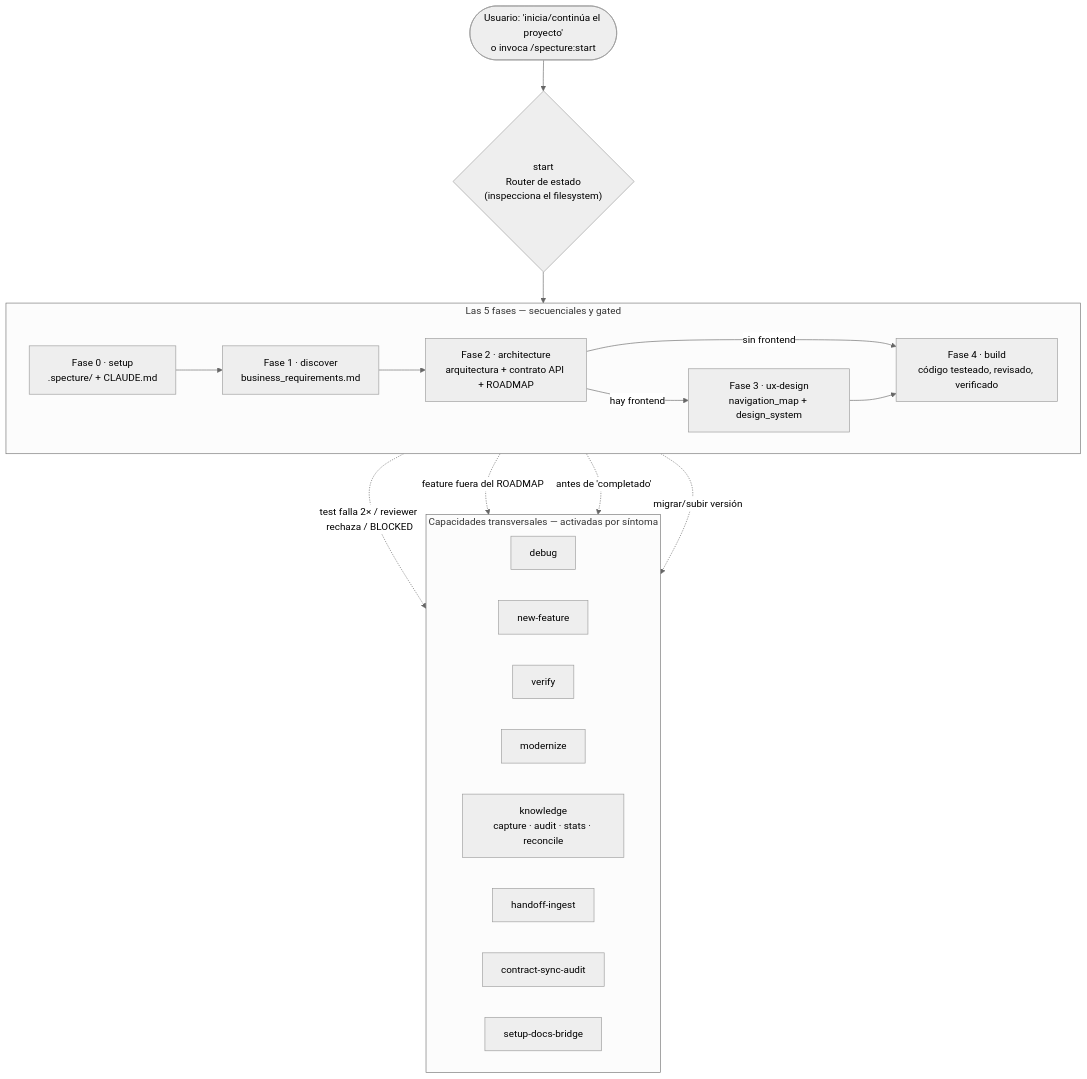
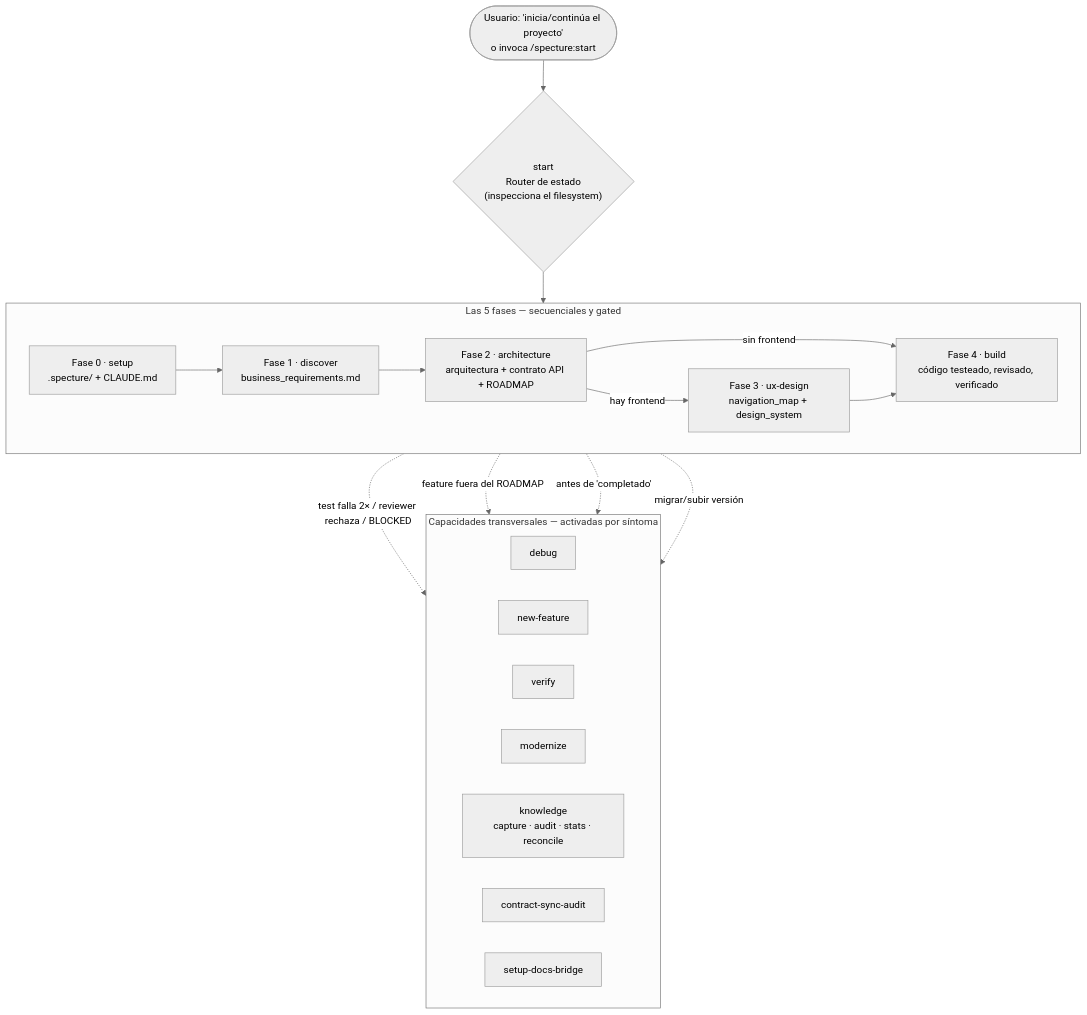
Before and after one commit to FerEscobarDev/Specture: the first of 18 diagrams in docs/execution-flows.md, drawn with Mermaid (neutral theme). The commit also changed other lines of this file and 9 other files, not shown here.

First line of the commit message:
refactor(design): eliminar handoff-ingest por completo

````diff
--- a/docs/execution-flows.md
+++ b/docs/execution-flows.md
@@ -35,32 +35,31 @@
 ```mermaid
 flowchart TB
     U(["Usuario: 'inicia/continúa el proyecto'<br/>o invoca /specture:start"]) --> R{"start<br/>Router de estado<br/>(inspecciona el filesystem)"}
 
     subgraph FASES["Las 5 fases — secuenciales y gated"]
       direction LR
       F0["Fase 0 · setup<br/>.specture/ + CLAUDE.md"] --> F1["Fase 1 · discover<br/>business_requirements.md"]
       F1 --> F2["Fase 2 · architecture<br/>arquitectura + contrato API + ROADMAP"]
       F2 -->|"hay frontend"| F3["Fase 3 · ux-design<br/>navigation_map + design_system"]
       F2 -->|"sin frontend"| F4
       F3 --> F4["Fase 4 · build<br/>código testeado, revisado, verificado"]
     end
 
     R --> FASES
 
     subgraph TRANS["Capacidades transversales — activadas por síntoma"]
       direction LR
       T1["debug"]
       T2["new-feature"]
       T3["verify"]
       T4["modernize"]
       T5["knowledge<br/>capture · audit · stats · reconcile"]
-      T6["handoff-ingest"]
       T7["contract-sync-audit"]
       T8["setup-docs-bridge"]
     end
 
     F4 -.->|"test falla 2× / reviewer rechaza / BLOCKED"| T1
     F4 -.->|"feature fuera del ROADMAP"| T2
     F4 -.->|"antes de 'completado'"| T3
     FASES -.->|"migrar/subir versión"| T4
 ```
````
